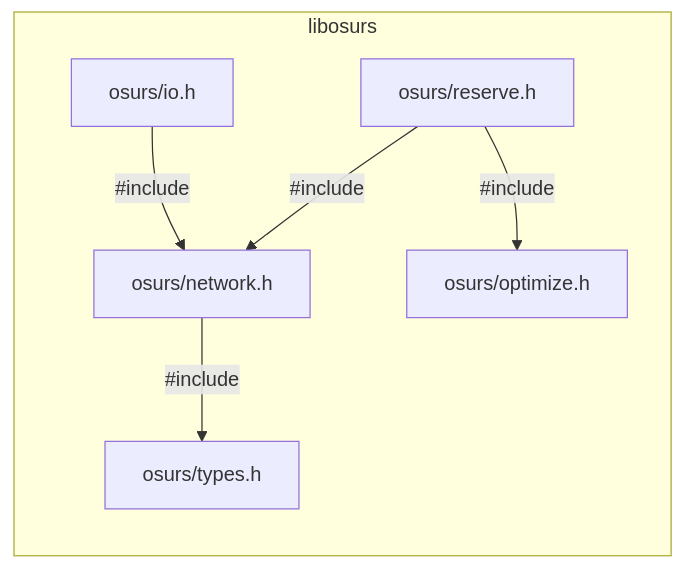
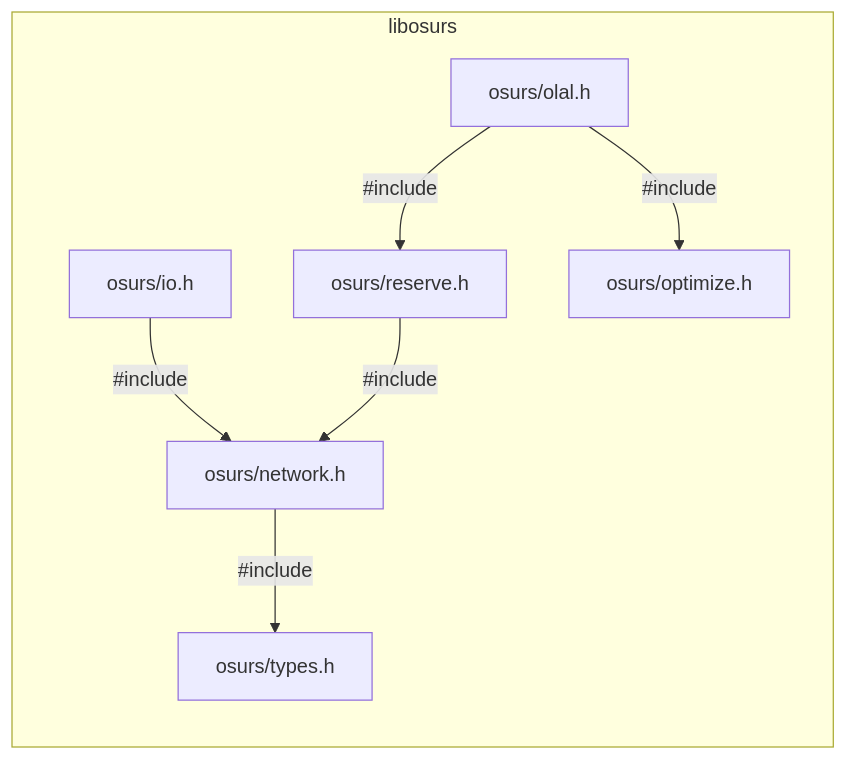
Before and after one commit to maptic/osurs: the first of 5 diagrams in README.md, drawn with Mermaid. The commit also changed other lines of this file and 10 other files, not shown here.

````diff
--- a/README.md
+++ b/README.md
@@ -18,9 +19,10 @@
 ```mermaid
 graph RL;
   subgraph libosurs;
     osurs/network.h-->|#include|osurs/types.h;
     osurs/io.h-->|#include|osurs/network.h
     osurs/reserve.h-->|#include|osurs/network.h;
-    osurs/reserve.h-->|#include|osurs/optimize.h;
+    osurs/olal.h-->|#include|osurs/reserve.h;
+    osurs/olal.h-->|#include|osurs/optimize.h;
   end;
 ```
````
